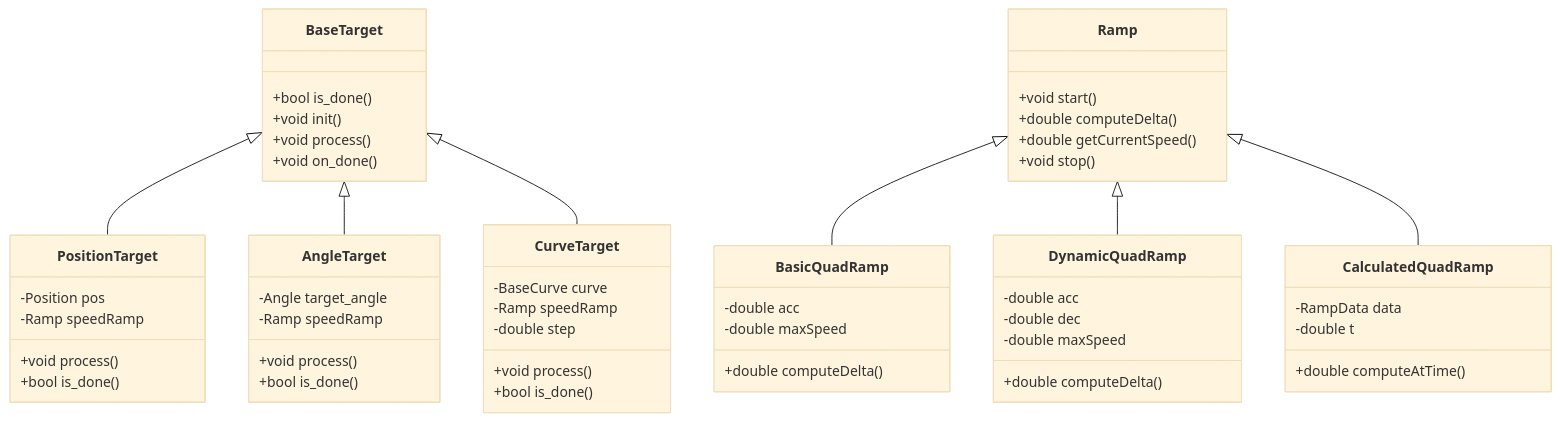
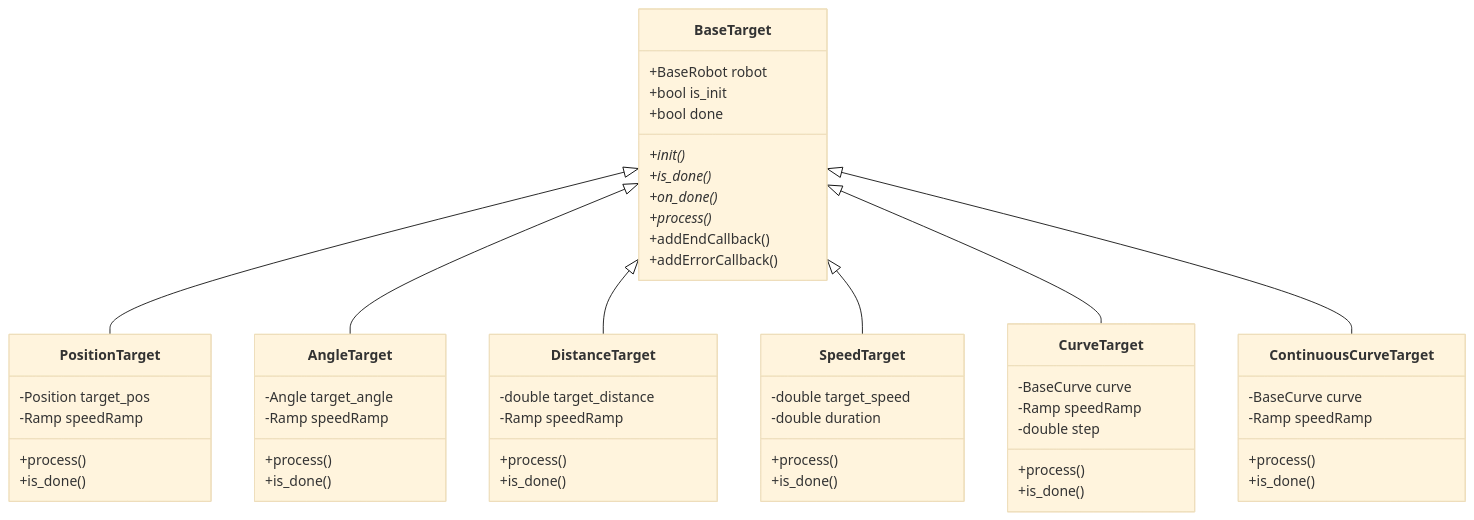
Before and after one commit to FogozIV/PAMITeensy: the fourth of 20 diagrams in ARCHITECTURE.md, drawn with Mermaid (base theme). The commit also changed other lines of this file, not shown here.

Commit message:
Architecture update

````diff
--- a/ARCHITECTURE.md
+++ b/ARCHITECTURE.md
@@ -74,64 +161,64 @@
 ```mermaid
 classDiagram
     class BaseTarget {
-        +bool is_done()
-        +void init()
-        +void process()
-        +void on_done()
+        +BaseRobot robot
+        +bool is_init
+        +bool done
+        +init()*
+        +is_done()*
+        +on_done()*
+        +process()*
+        +addEndCallback()
+        +addErrorCallback()
     }
     
     class PositionTarget {
-        -Position pos
+        -Position target_pos
         -Ramp speedRamp
-        +void process()
-        +bool is_done()
+        +process()
+        +is_done()
     }
     
     class AngleTarget {
         -Angle target_angle
         -Ramp speedRamp
-        +void process()
-        +bool is_done()
+        +process()
+        +is_done()
+    }
+    
+    class DistanceTarget {
+        -double target_distance
+        -Ramp speedRamp
+        +process()
+        +is_done()
+    }
+    
+    class SpeedTarget {
+        -double target_speed
+        -double duration
+        +process()
+        +is_done()
     }
     
     class CurveTarget {
         -BaseCurve curve
         -Ramp speedRamp
         -double step
-        +void process()
-        +bool is_done()
+        +process()
+        +is_done()
     }
     
-    class Ramp {
-        +void start()
-        +double computeDelta()
-        +double getCurrentSpeed()
-        +void stop()
-    }
-    
-    class BasicQuadRamp {
-        -double acc
-        -double maxSpeed
-        +double computeDelta()
-    }
-    
-    class DynamicQuadRamp {
-        -double acc
-        -double dec
-        -double maxSpeed
-        +double computeDelta()
-    }
-    
-    class CalculatedQuadRamp {
-        -RampData data
-        -double t
-        +double computeAtTime()
+    class ContinuousCurveTarget {
+        -BaseCurve curve
+        -Ramp speedRamp
+        +process()
+        +is_done()
     }
     
     BaseTarget <|-- PositionTarget
     BaseTarget <|-- AngleTarget
+    BaseTarget <|-- DistanceTarget
+    BaseTarget <|-- SpeedTarget
     BaseTarget <|-- CurveTarget
-    Ramp <|-- BasicQuadRamp
-    Ramp <|-- DynamicQuadRamp
-    Ramp <|-- CalculatedQuadRamp
+    BaseTarget <|-- ContinuousCurveTarget
 ```
````
